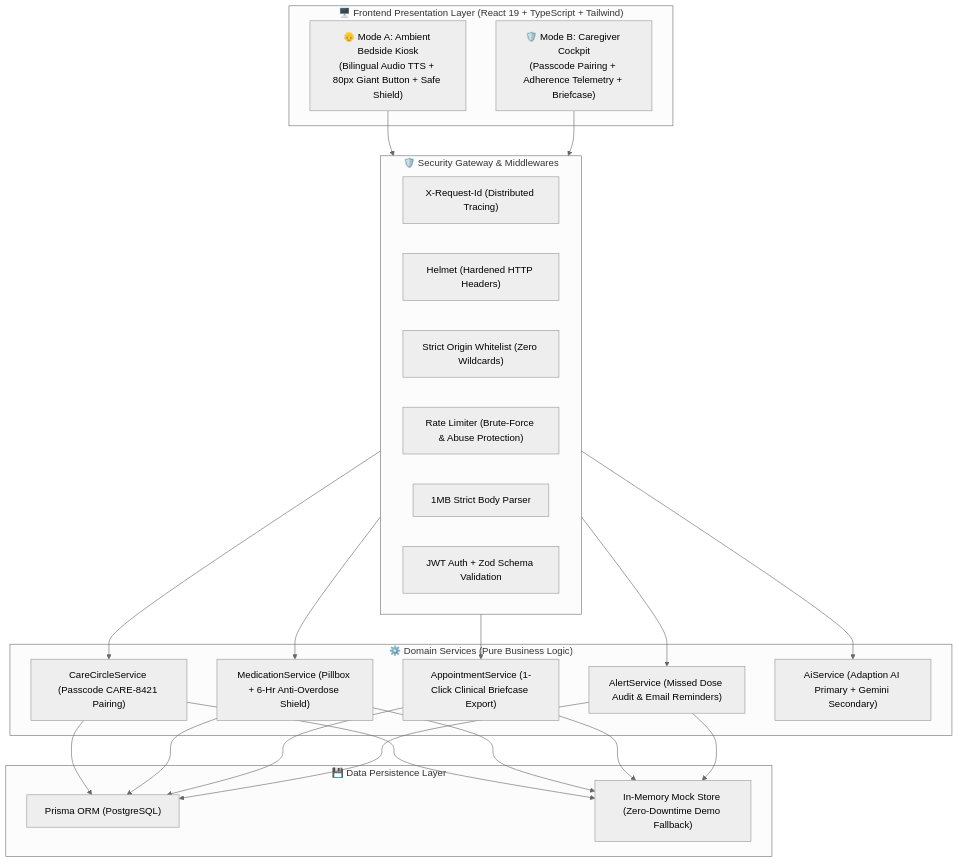
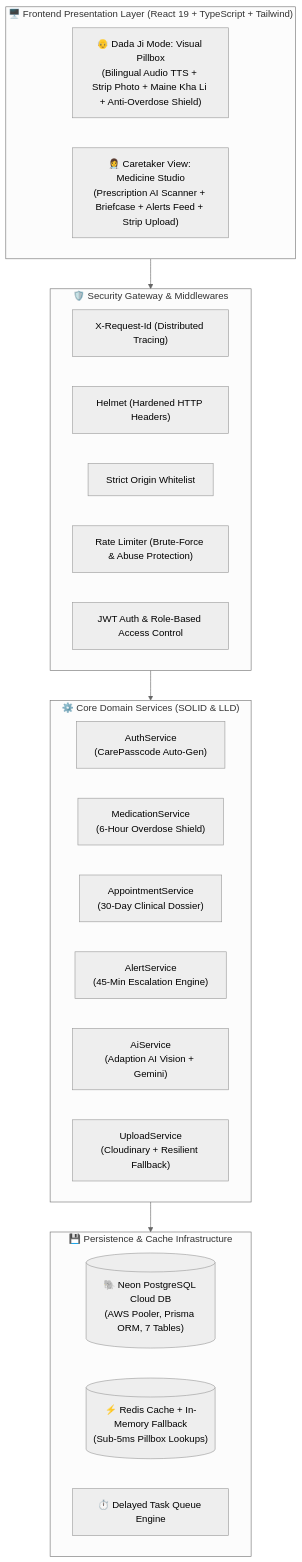
The diagram in README.md (harshshivharedev/AayuCare), drawn with Mermaid (neutral theme) before and after one commit. The commit also changed other lines of this file, not shown here.

Commit message:
docs: update comprehensive architecture, 47 passing tests, and evaluator credentials in README

````diff
--- a/README.md
+++ b/README.md
@@ -39,34 +45,34 @@
 ```mermaid
 flowchart TD
     subgraph ClientLayer["🖥️ Frontend Presentation Layer (React 19 + TypeScript + Tailwind)"]
-        Kiosk["👴 Mode A: Ambient Bedside Kiosk\n(Bilingual Audio TTS + 80px Giant Button + Safe Shield)"]
-        Cockpit["🛡️ Mode B: Caregiver Cockpit\n(Passcode Pairing + Adherence Telemetry + Briefcase)"]
+        DadaJi["👴 Dada Ji Mode: Visual Pillbox\n(Bilingual Audio TTS + Strip Photo + Maine Kha Li + Anti-Overdose Shield)"]
+        Caretaker["👩‍⚕️ Caretaker View: Medicine Studio\n(Prescription AI Scanner + Briefcase + Alerts Feed + Strip Upload)"]
     end
 
     subgraph SecurityGateway["🛡️ Security Gateway & Middlewares"]
         ReqId["X-Request-Id (Distributed Tracing)"]
         Helmet["Helmet (Hardened HTTP Headers)"]
-        CORS["Strict Origin Whitelist (Zero Wildcards)"]
+        CORS["Strict Origin Whitelist"]
         RateLimit["Rate Limiter (Brute-Force & Abuse Protection)"]
-        BodyLimit["1MB Strict Body Parser"]
-        JWT["JWT Auth + Zod Schema Validation"]
+        JWT["JWT Auth & Role-Based Access Control"]
     end
 
-    subgraph ServiceLayer["⚙️ Domain Services (Pure Business Logic)"]
-        CareCircleSvc["CareCircleService (Passcode CARE-8421 Pairing)"]
-        MedSvc["MedicationService (Pillbox + 6-Hr Anti-Overdose Shield)"]
-        ApptSvc["AppointmentService (1-Click Clinical Briefcase Export)"]
-        AlertSvc["AlertService (Missed Dose Audit & Email Reminders)"]
-        AiEngine["AiService (Adaption AI Primary + Gemini Secondary)"]
+    subgraph ServiceLayer["⚙️ Core Domain Services (SOLID & LLD)"]
+        AuthSvc["AuthService\n(CarePasscode Auto-Gen)"]
+        MedSvc["MedicationService\n(6-Hour Overdose Shield)"]
+        BriefcaseSvc["AppointmentService\n(30-Day Clinical Dossier)"]
+        AlertSvc["AlertService\n(45-Min Escalation Engine)"]
+        AISvc["AiService\n(Adaption AI Vision + Gemini)"]
+        UploadSvc["UploadService\n(Cloudinary + Resilient Fallback)"]
     end
 
-    subgraph PersistenceLayer["💾 Data Persistence Layer"]
-        Prisma["Prisma ORM (PostgreSQL)"]
-        InMemory["In-Memory Mock Store (Zero-Downtime Demo Fallback)"]
+    subgraph DataLayer["💾 Persistence & Cache Infrastructure"]
+        NeonDB[("🐘 Neon PostgreSQL Cloud DB\n(AWS Pooler, Prisma ORM, 7 Tables)")]
+        RedisCache[("⚡ Redis Cache + In-Memory Fallback\n(Sub-5ms Pillbox Lookups)")]
+        QueueEngine["⏱️ Delayed Task Queue Engine"]
     end
 
-    Kiosk --> SecurityGateway
-    Cockpit --> SecurityGateway
-    SecurityGateway --> CareCircleSvc & MedSvc & ApptSvc & AlertSvc & AiEngine
-    CareCircleSvc & MedSvc & ApptSvc & AlertSvc --> Prisma & InMemory
+    ClientLayer --> SecurityGateway
+    SecurityGateway --> ServiceLayer
+    ServiceLayer --> DataLayer
 ```
````
